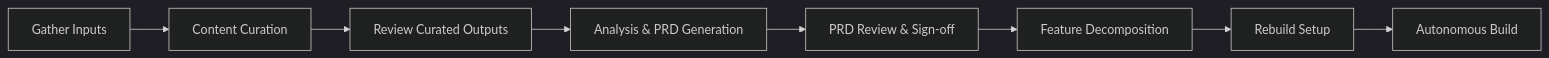
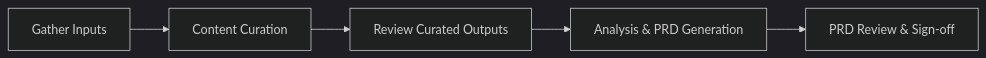
One commit to DEFRA/defra-ai-modernisation-playbook changed the diagram in index.md. Above: the diagram before and after it, drawn with Mermaid (dark theme). The commit also changed other lines of this file and 13 other files, not shown here.

````diff
--- a/index.md
+++ b/index.md
@@ -11,10 +11,7 @@
 ```mermaid
 flowchart LR
     A["Gather Inputs"] --> B["Content Curation"]
     B --> C["Review Curated Outputs"]
     C --> D["Analysis & PRD Generation"]
     D --> E["PRD Review & Sign-off"]
-    E --> F["Feature Decomposition"]
-    F --> G["Rebuild Setup"]
-    G --> H["Autonomous Build"]
 ```
````
